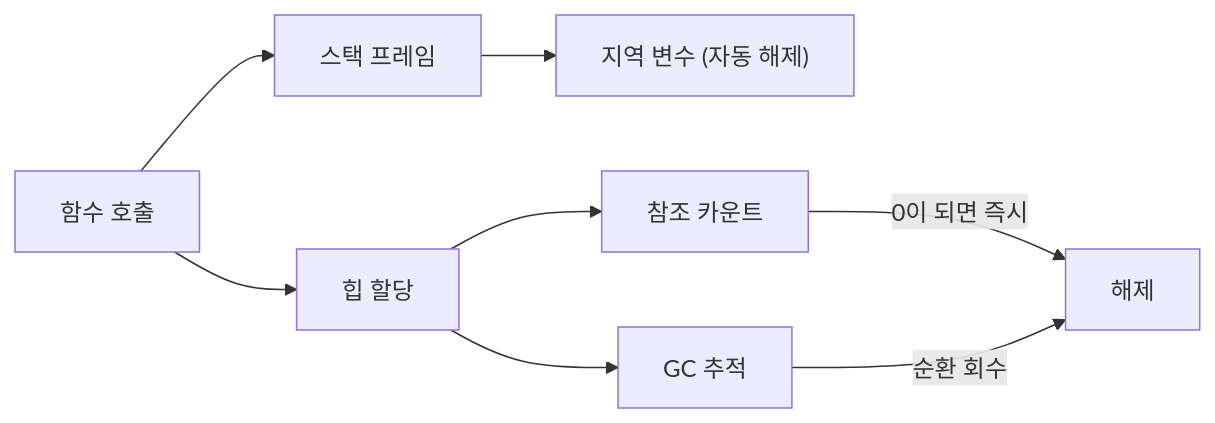
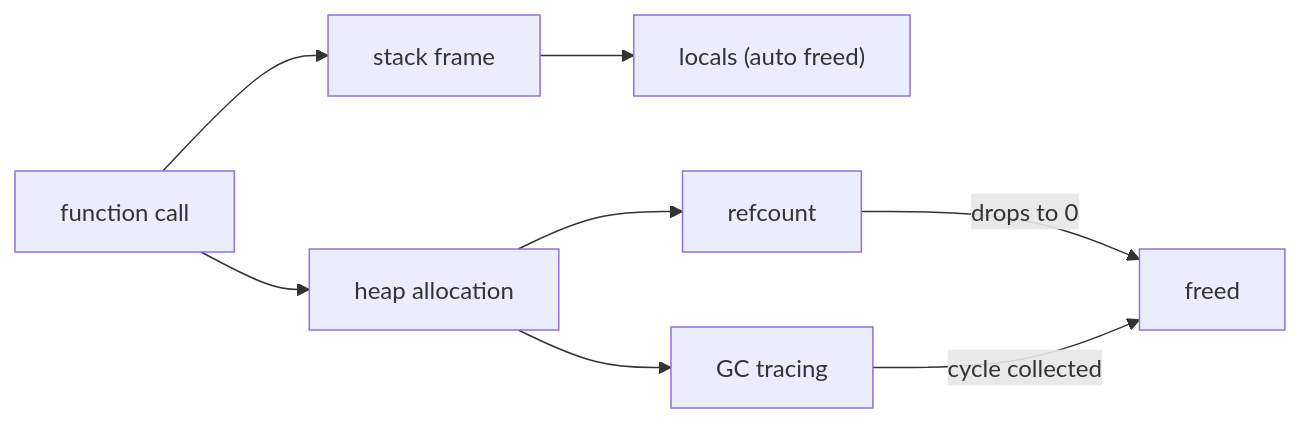
The diagram in content/programming-languages-101/ko/07-memory-management.md (yeongseon-books/book-content), drawn with Mermaid before and after one commit. The commit also changed other lines of this file and 9 other files, not shown here.

````diff
--- a/content/programming-languages-101/ko/07-memory-management.md
+++ b/content/programming-languages-101/ko/07-memory-management.md
@@ -36,10 +47,10 @@
 ```mermaid
 flowchart LR
-    A["함수 호출"] --> B["스택 프레임"]
-    B --> C["지역 변수 (자동 해제)"]
-    A --> D["힙 할당"]
-    D --> E["참조 카운트"]
-    D --> F["GC 추적"]
-    E -->|0이 되면 즉시| G["해제"]
-    F -->|순환 회수| G
+    A["function call"] --> B["stack frame"]
+    B --> C["locals (auto freed)"]
+    A --> D["heap allocation"]
+    D --> E["refcount"]
+    D --> F["GC tracing"]
+    E -->|drops to 0| G["freed"]
+    F -->|cycle collected| G
 ```
````
